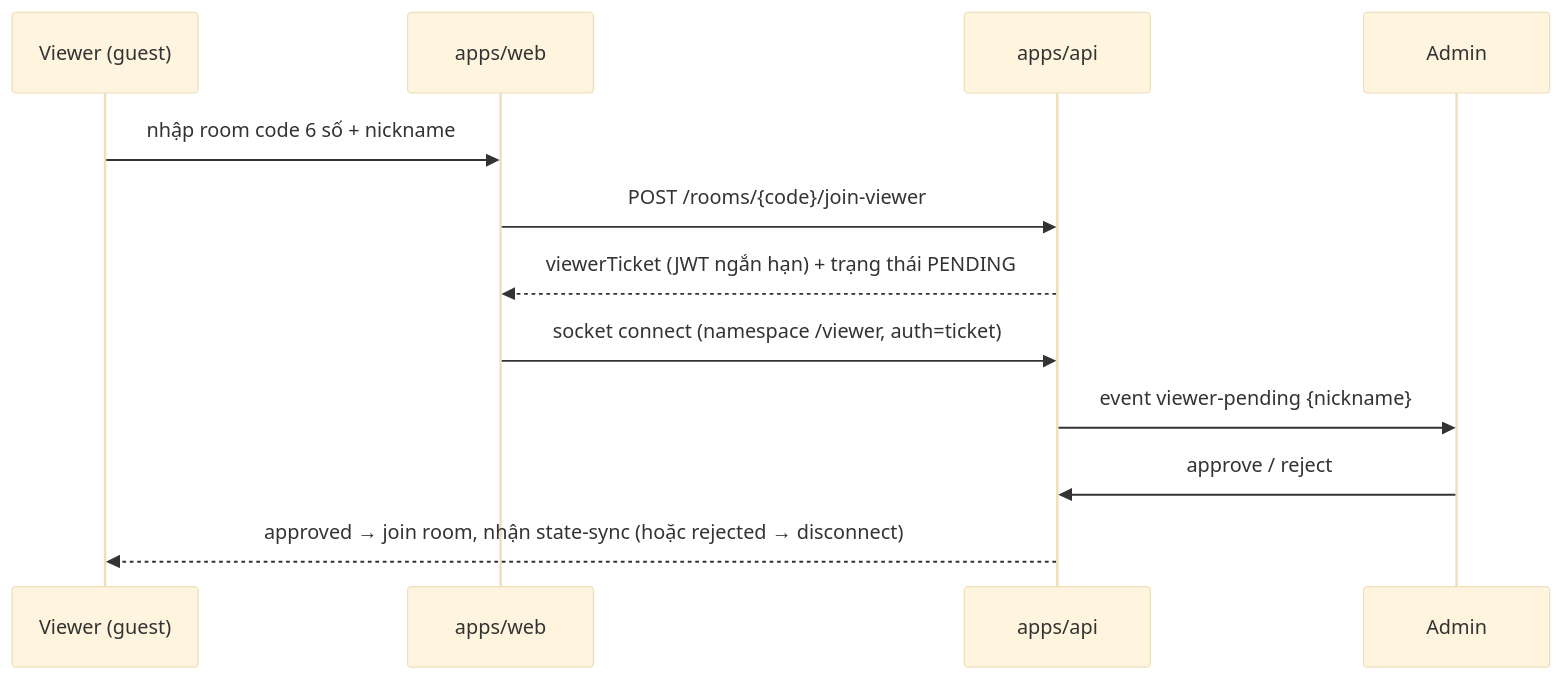
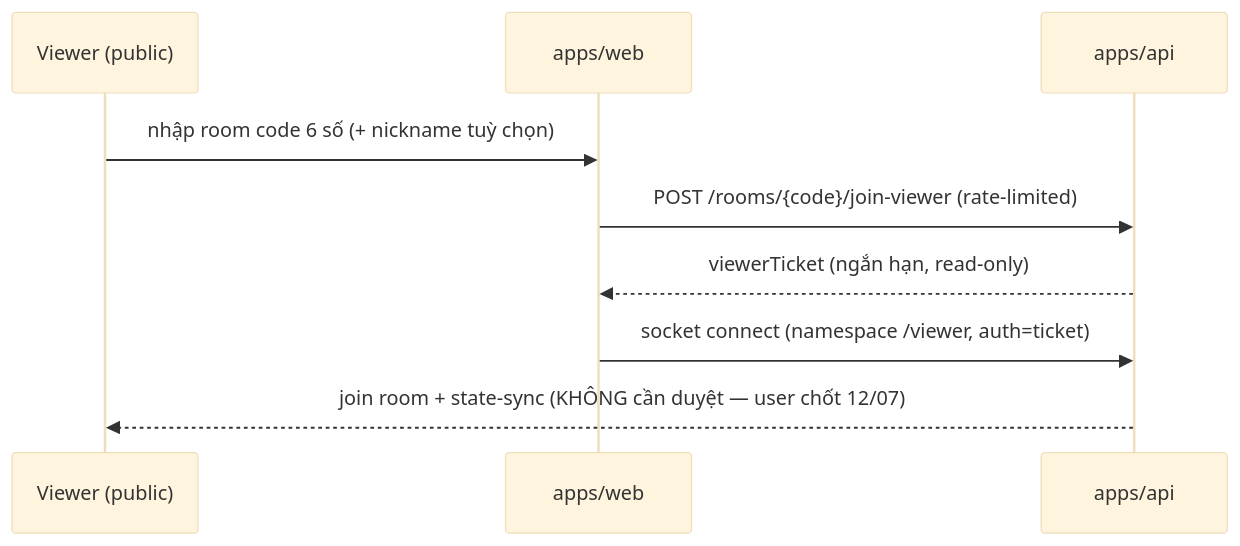
The diagram in plans/260711-2340-olympia-contest-system/phase-05-contest-room.md (Noboroto/KnowledgeDome), drawn with Mermaid (base theme) before and after one commit. The commit also changed other lines of this file and 16 other files, not shown here.

````diff
--- a/plans/260711-2340-olympia-contest-system/phase-05-contest-room.md
+++ b/plans/260711-2340-olympia-contest-system/phase-05-contest-room.md
@@ -20,14 +20,11 @@
 ```mermaid
 sequenceDiagram
-  participant V as Viewer (guest)
+  participant V as Viewer (public)
   participant W as apps/web
   participant API as apps/api
-  participant A as Admin
-  V->>W: nhập room code 6 số + nickname
-  W->>API: POST /rooms/{code}/join-viewer
-  API-->>W: viewerTicket (JWT ngắn hạn) + trạng thái PENDING
+  V->>W: nhập room code 6 số (+ nickname tuỳ chọn)
+  W->>API: POST /rooms/{code}/join-viewer (rate-limited)
+  API-->>W: viewerTicket (ngắn hạn, read-only)
   W->>API: socket connect (namespace /viewer, auth=ticket)
-  API->>A: event viewer-pending {nickname}
-  A->>API: approve / reject
-  API-->>V: approved → join room, nhận state-sync (hoặc rejected → disconnect)
+  API-->>V: join room + state-sync (KHÔNG cần duyệt — user chốt 12/07)
 ```
````
